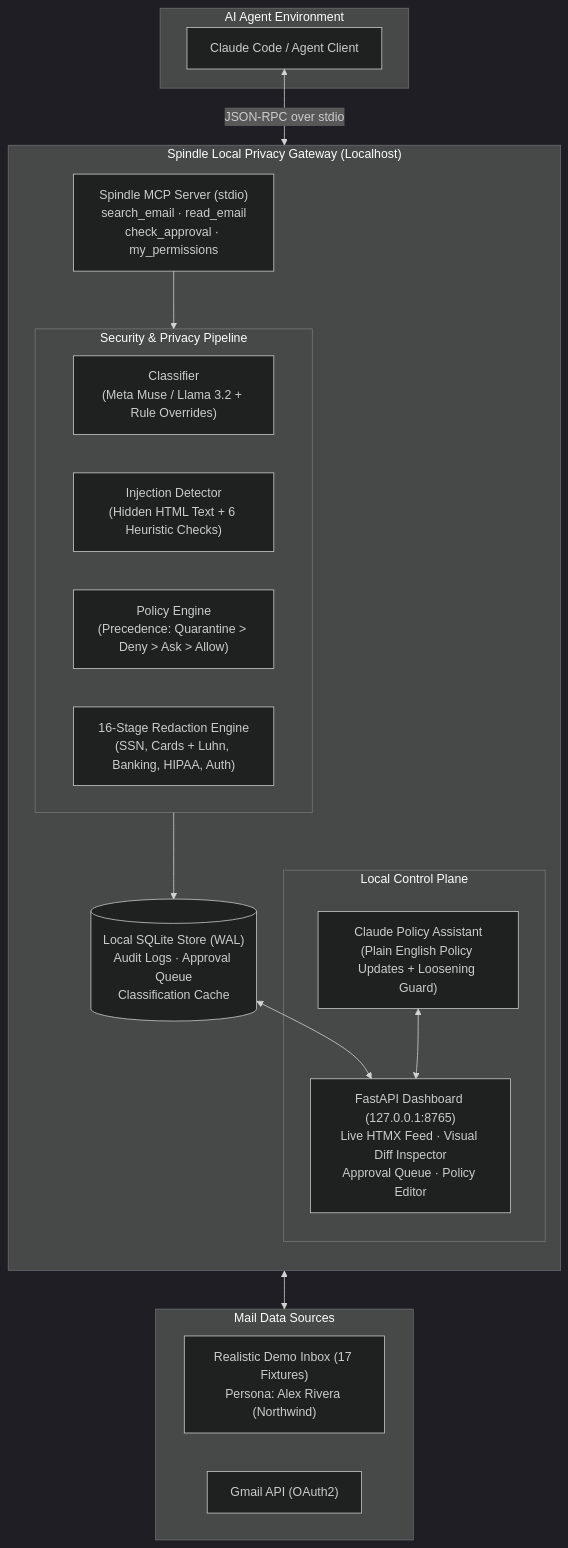
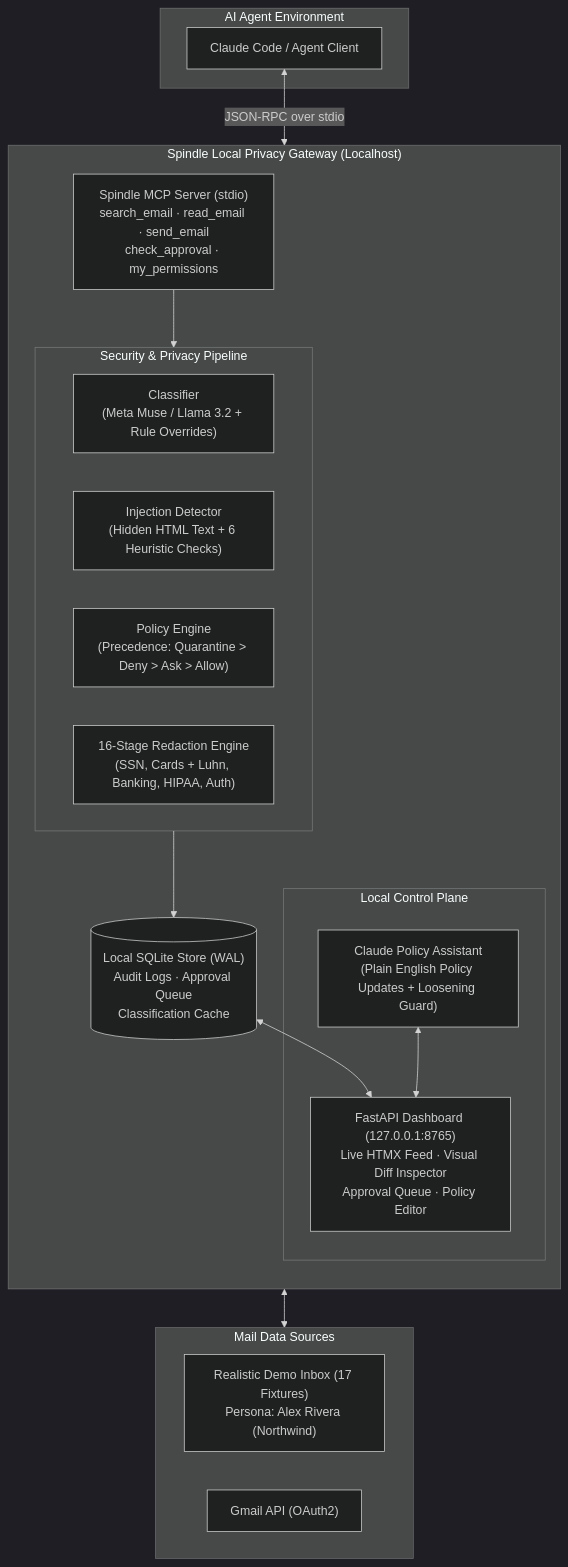
One commit to glinerosuarez/spindle changed the diagram in README.md. Above: the diagram before and after it, drawn with Mermaid (dark theme). The commit also changed other lines of this file and 10 other files, not shown here.

Commit message:
phase 8: Governed Outbox (send_email) with allowlists, exfiltration scanning, rate limits, and dashboard feed

````diff
--- a/README.md
+++ b/README.md
@@ -29,37 +29,37 @@
 ```mermaid
 flowchart TD
     subgraph Agents ["AI Agent Environment"]
         Claude["Claude Code / Agent Client"]
     end
 
     subgraph SpindleHost ["Spindle Local Privacy Gateway (Localhost)"]
         direction TB
-        MCP["Spindle MCP Server (stdio)\nsearch_email · read_email\ncheck_approval · my_permissions"]
+        MCP["Spindle MCP Server (stdio)\nsearch_email · read_email · send_email\ncheck_approval · my_permissions"]
         
         subgraph Pipeline ["Security & Privacy Pipeline"]
             Classifier["Classifier\n(Meta Muse / Llama 3.2 + Rule Overrides)"]
             Injection["Injection Detector\n(Hidden HTML Text + 6 Heuristic Checks)"]
             PolicyEngine["Policy Engine\n(Precedence: Quarantine > Deny > Ask > Allow)"]
             Redactor["16-Stage Redaction Engine\n(SSN, Cards + Luhn, Banking, HIPAA, Auth)"]
         end
         
         DB[("Local SQLite Store (WAL)\nAudit Logs · Approval Queue\nClassification Cache")]
         
         subgraph DashboardApp ["Local Control Plane"]
             Web["FastAPI Dashboard (127.0.0.1:8765)\nLive HTMX Feed · Visual Diff Inspector\nApproval Queue · Policy Editor"]
             Assistant["Claude Policy Assistant\n(Plain English Policy Updates + Loosening Guard)"]
         end
     end
 
     subgraph DataSources ["Mail Data Sources"]
         Fixtures["Realistic Demo Inbox (17 Fixtures)\nPersona: Alex Rivera (Northwind)"]
         Gmail["Gmail API (OAuth2)"]
     end
 
     Claude <-->|JSON-RPC over stdio| MCP
     MCP --> Pipeline
     Pipeline --> DB
     Pipeline <--> DataSources
     DB <--> Web
     Assistant <--> Web
 ```
````
